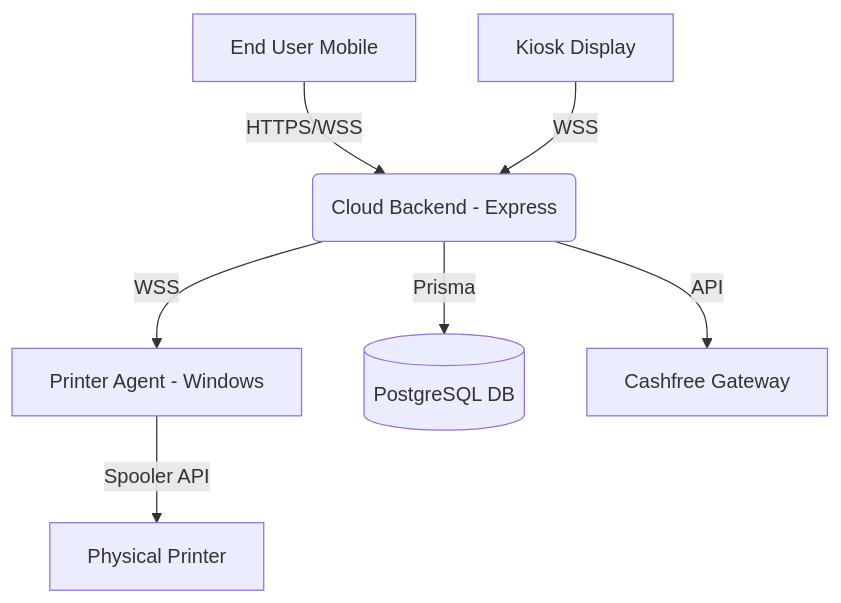
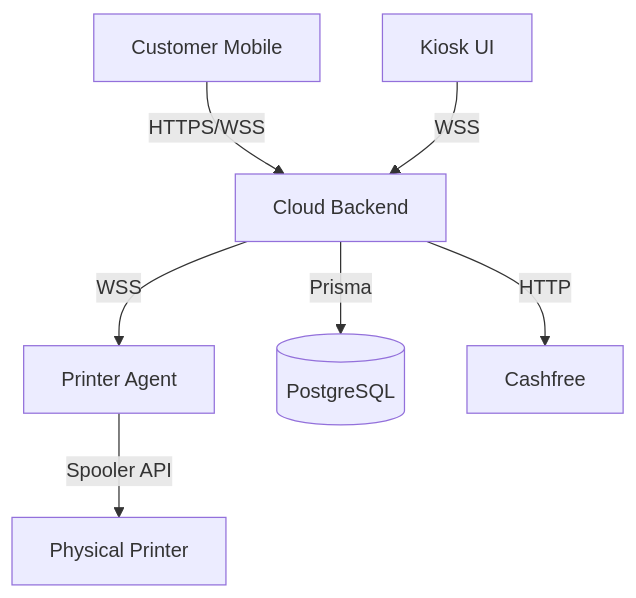
The first of 5 diagrams in ARCHITECTURE.md (pranavbaad9/PrintGo), drawn with Mermaid before and after one commit. The commit also changed other lines of this file and 51 other files, not shown here.

````diff
--- a/ARCHITECTURE.md
+++ b/ARCHITECTURE.md
@@ -5,9 +17,9 @@
 ```mermaid
 graph TD
-    A[End User Mobile] -->|HTTPS/WSS| B(Cloud Backend - Express)
-    K[Kiosk Display] -->|WSS| B
-    B -->|WSS| P[Printer Agent - Windows]
-    P -->|Spooler API| H[Physical Printer]
-    B -->|Prisma| D[(PostgreSQL DB)]
-    B -->|API| G[Cashfree Gateway]
+    Customer[Customer Mobile] -->|HTTPS/WSS| Cloud[Cloud Backend]
+    Kiosk[Kiosk UI] -->|WSS| Cloud
+    Cloud -->|WSS| Agent[Printer Agent]
+    Agent -->|Spooler API| Printer[Physical Printer]
+    Cloud -->|Prisma| DB[(PostgreSQL)]
+    Cloud -->|HTTP| Gateway[Cashfree]
 ```
````
